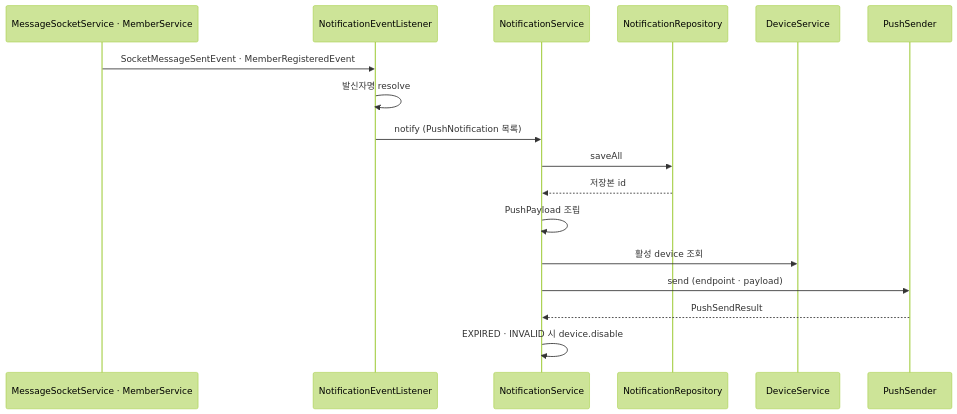
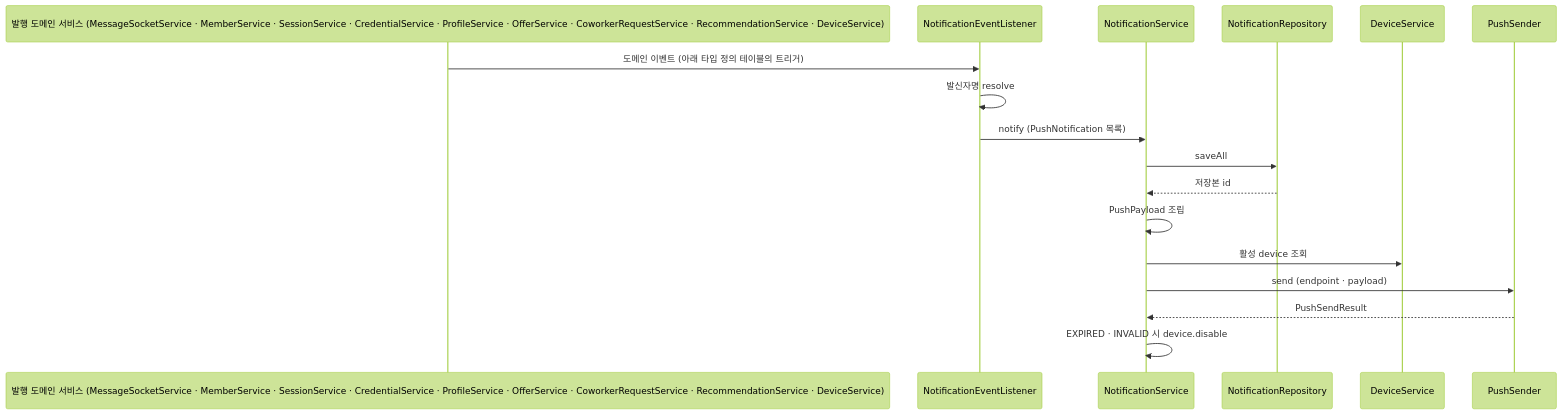
One commit to mortonCareer/bconnect changed the first of 2 diagrams in apps/api/docs/notification-architecture.md. Above: the diagram before and after it, drawn with Mermaid (forest theme). The commit also changed other lines of this file and 2 other files, not shown here.

Commit message:
docs(api): 알림 아키텍처·이벤트 구조 문서 갱신 (#1068)

````diff
--- a/apps/api/docs/notification-architecture.md
+++ b/apps/api/docs/notification-architecture.md
@@ -7,20 +7,20 @@
 ```mermaid
 sequenceDiagram
-    participant Pub as MessageSocketService · MemberService
+    participant Pub as 발행 도메인 서비스 (MessageSocketService · MemberService · SessionService · CredentialService · ProfileService · OfferService · CoworkerRequestService · RecommendationService · DeviceService)
     participant Listener as NotificationEventListener
     participant Svc as NotificationService
     participant Repo as NotificationRepository
     participant Device as DeviceService
     participant Sender as PushSender
 
-    Pub->>Listener: SocketMessageSentEvent · MemberRegisteredEvent
+    Pub->>Listener: 도메인 이벤트 (아래 타입 정의 테이블의 트리거)
     Listener->>Listener: 발신자명 resolve
     Listener->>Svc: notify (PushNotification 목록)
     Svc->>Repo: saveAll
     Repo-->>Svc: 저장본 id
     Svc->>Svc: PushPayload 조립
     Svc->>Device: 활성 device 조회
     Svc->>Sender: send (endpoint · payload)
     Sender-->>Svc: PushSendResult
     Svc->>Svc: EXPIRED · INVALID 시 device.disable
 ```
````
